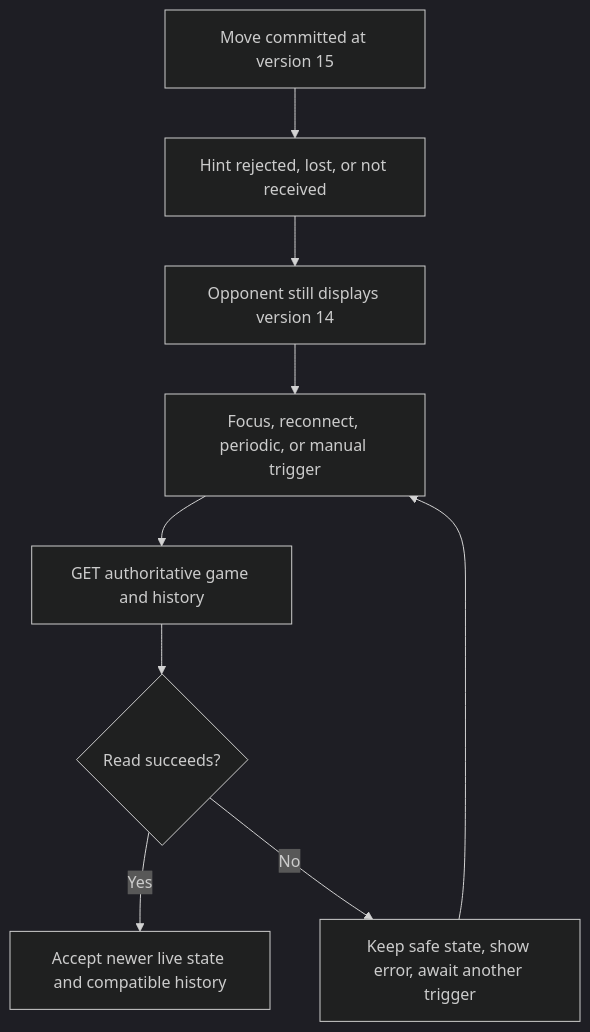
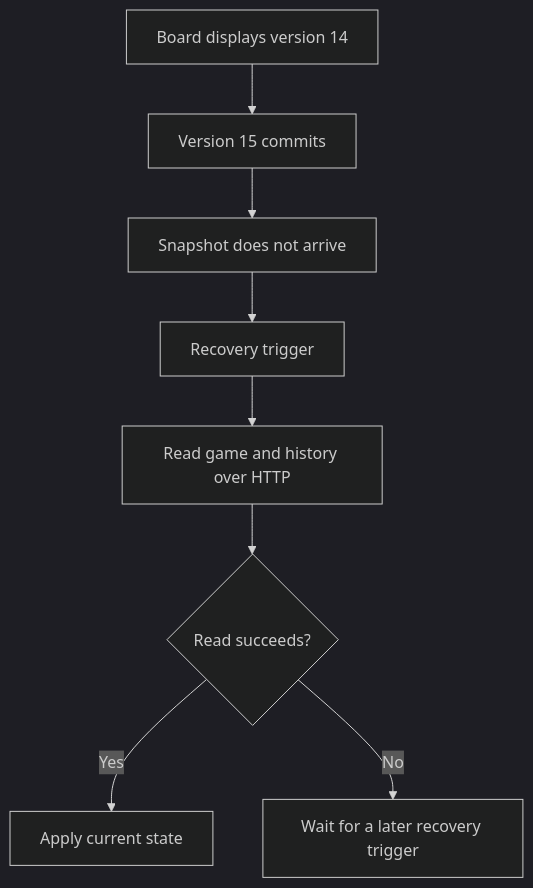
Before and after one commit to parisana/chess-web-app: the second of 3 diagrams in docs/performance-investigations/001-websocket-notification-pool-starvation/03-board-synchronization.md, drawn with Mermaid (dark theme). The commit also changed other lines of this file and 5 other files, not shown here.

````diff
--- a/docs/performance-investigations/001-websocket-notification-pool-starvation/03-board-synchronization.md
+++ b/docs/performance-investigations/001-websocket-notification-pool-starvation/03-board-synchronization.md
@@ -93,19 +39,10 @@
 ```mermaid
 flowchart TD
-    C["Move committed at version 15"]
-    L["Hint rejected, lost, or not received"]
-    S["Opponent still displays version 14"]
-    T["Focus, reconnect, periodic, or manual trigger"]
-    G["GET authoritative game and history"]
-    V{"Read succeeds?"}
-    A["Accept newer live state and compatible history"]
-    F["Keep safe state, show error, await another trigger"]
-    C --> L
-    L --> S
-    S --> T
-    T --> G
-    G --> V
-    V -->|"Yes"| A
-    V -->|"No"| F
-    F --> T
+    A["Board displays version 14"] --> B["Version 15 commits"]
+    B --> C["Snapshot does not arrive"]
+    C --> D["Recovery trigger"]
+    D --> E["Read game and history over HTTP"]
+    E --> F{"Read succeeds?"}
+    F -->|Yes| G["Apply current state"]
+    F -->|No| H["Wait for a later recovery trigger"]
 ```
````
